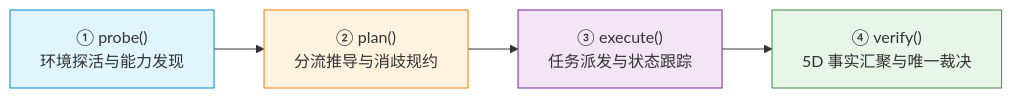
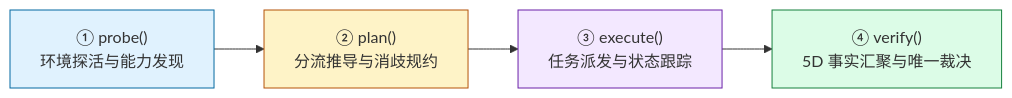
Before and after one commit to CAoyinggo/Ai-DevTest: the third of 4 diagrams in README.md, drawn with Mermaid. The commit also changed other lines of this file, not shown here.

Commit message:
docs(readme): rewrite README with architecture topology and verdict state machine diagrams

````diff
--- a/README.md
+++ b/README.md
@@ -84,11 +200,11 @@
 ```mermaid
 flowchart LR
     A["① probe()<br>环境探活与能力发现"] --> B["② plan()<br>分流推导与消歧规约"]
     B --> C["③ execute()<br>任务派发与状态跟踪"]
     C --> D["④ verify()<br>5D 事实汇聚与唯一裁决"]
 
-    style A fill:#e1f5fe,stroke:#0288d1
-    style B fill:#fff3e0,stroke:#f57c00
-    style C fill:#f3e5f5,stroke:#7b1fa2
-    style D fill:#e8f5e9,stroke:#388e3c
+    style A fill:#e0f2fe,stroke:#0369a1
+    style B fill:#fef3c7,stroke:#b45309
+    style C fill:#f3e8ff,stroke:#6b21a8
+    style D fill:#dcfce7,stroke:#15803d
 ```
````
